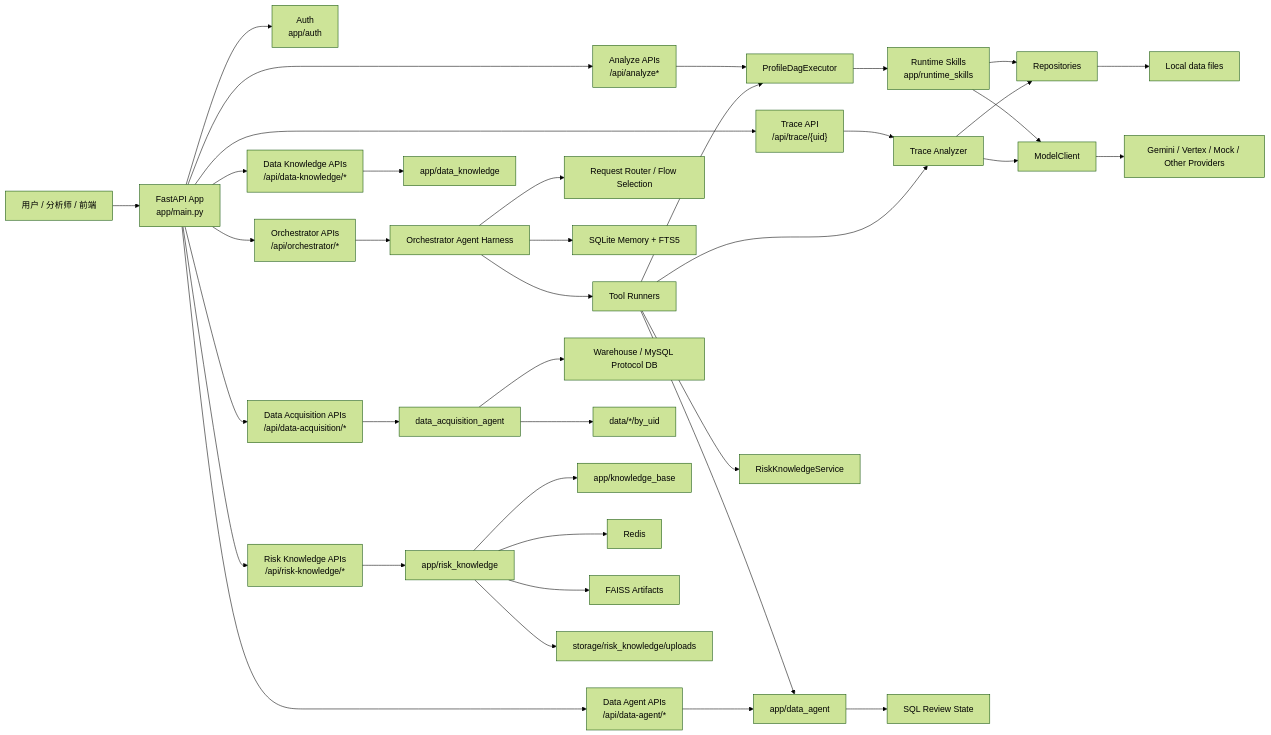
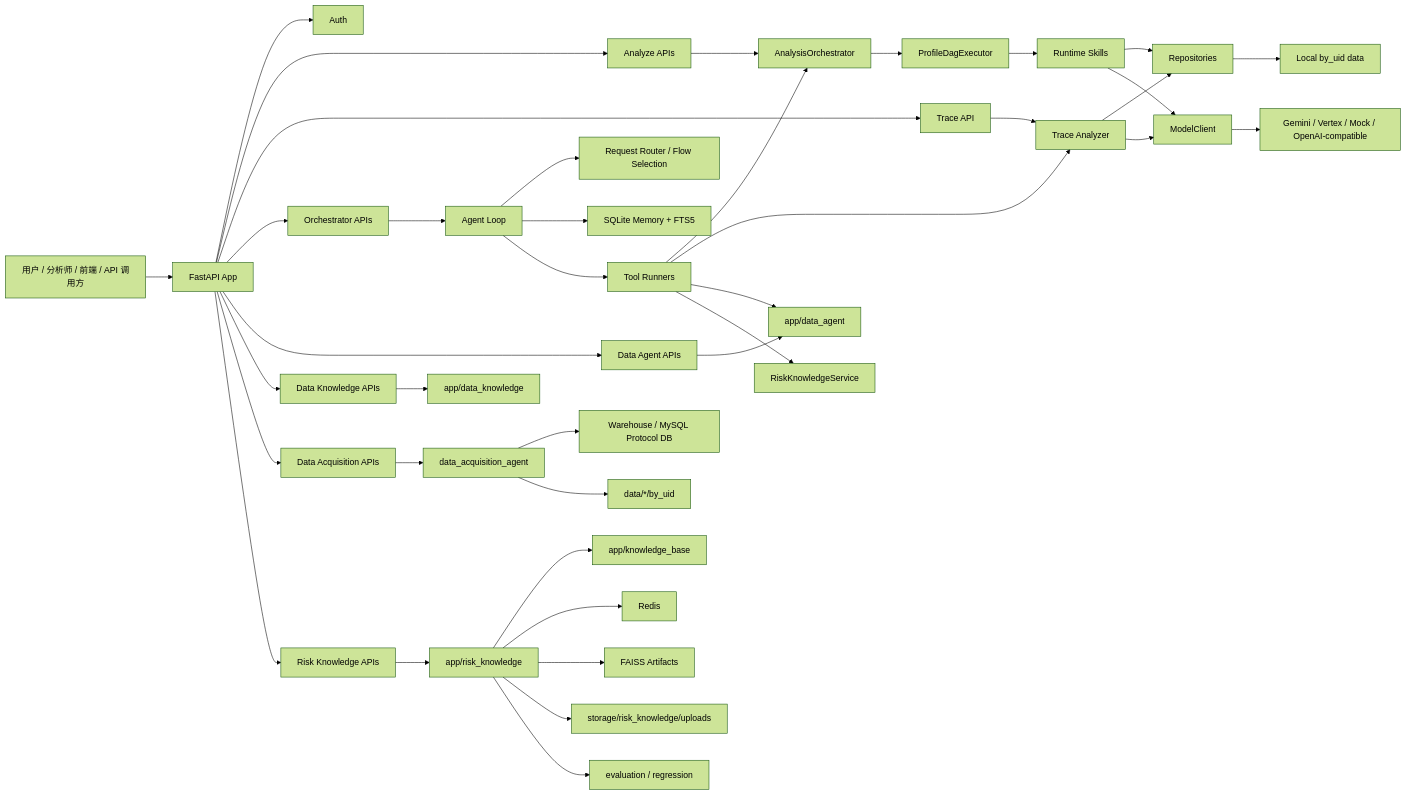
The first of 10 diagrams in README.md (lizheng33193/CHORD), drawn with Mermaid (forest theme) before and after one commit. The commit also changed other lines of this file, not shown here.

````diff
--- a/README.md
+++ b/README.md
@@ -61,49 +520,49 @@
 ```mermaid
 flowchart LR
-  User["用户 / 分析师 / 前端"] --> FastAPI["FastAPI App<br/>app/main.py"]
+  User["用户 / 分析师 / 前端 / API 调用方"] --> FastAPI["FastAPI App"]
 
-  FastAPI --> Auth["Auth<br/>app/auth"]
-  FastAPI --> Analyze["Analyze APIs<br/>/api/analyze*"]
-  FastAPI --> Trace["Trace API<br/>/api/trace/{uid}"]
-  FastAPI --> Chat["Orchestrator APIs<br/>/api/orchestrator/*"]
-  FastAPI --> DataAgentApi["Data Agent APIs<br/>/api/data-agent/*"]
-  FastAPI --> DataKnowledgeApi["Data Knowledge APIs<br/>/api/data-knowledge/*"]
-  FastAPI --> DataAcqApi["Data Acquisition APIs<br/>/api/data-acquisition/*"]
-  FastAPI --> RiskAdminApi["Risk Knowledge APIs<br/>/api/risk-knowledge/*"]
+  FastAPI --> Auth["Auth"]
+  FastAPI --> Analyze["Analyze APIs"]
+  FastAPI --> Trace["Trace API"]
+  FastAPI --> Chat["Orchestrator APIs"]
+  FastAPI --> DataAgentApi["Data Agent APIs"]
+  FastAPI --> DataKnowledgeApi["Data Knowledge APIs"]
+  FastAPI --> DataAcqApi["Data Acquisition APIs"]
+  FastAPI --> RiskApi["Risk Knowledge APIs"]
 
-  Analyze --> ProfileDag["ProfileDagExecutor"]
-  ProfileDag --> RuntimeSkills["Runtime Skills<br/>app/runtime_skills"]
+  Analyze --> Orchestrator["AnalysisOrchestrator"]
+  Orchestrator --> ProfileDag["ProfileDagExecutor"]
+  ProfileDag --> RuntimeSkills["Runtime Skills"]
   RuntimeSkills --> Repo["Repositories"]
   RuntimeSkills --> ModelClient["ModelClient"]
 
   Trace --> TraceAnalyzer["Trace Analyzer"]
   TraceAnalyzer --> Repo
   TraceAnalyzer --> ModelClient
 
-  Chat --> AgentHarness["Orchestrator Agent Harness"]
-  AgentHarness --> FlowRouter["Request Router / Flow Selection"]
-  AgentHarness --> Memory["SQLite Memory + FTS5"]
-  AgentHarness --> Tools["Tool Runners"]
-  Tools --> ProfileDag
-  Tools --> TraceAnalyzer
-  Tools --> DataAgentSvc["app/data_agent"]
-  Tools --> RiskService["RiskKnowledgeService"]
+  Chat --> AgentLoop["Agent Loop"]
+  AgentLoop --> FlowRouter["Request Router / Flow Selection"]
+  AgentLoop --> Memory["SQLite Memory + FTS5"]
+  AgentLoop --> ToolRunners["Tool Runners"]
+  ToolRunners --> Orchestrator
+  ToolRunners --> TraceAnalyzer
+  ToolRunners --> DataAgentSvc["app/data_agent"]
+  ToolRunners --> RiskService["RiskKnowledgeService"]
 
   DataAgentApi --> DataAgentSvc
-  DataAgentSvc --> SqlReviewStore["SQL Review State"]
-
   DataAcqApi --> DataAcq["data_acquisition_agent"]
   DataAcq --> Warehouse["Warehouse / MySQL Protocol DB"]
   DataAcq --> ByUid["data/*/by_uid"]
 
   DataKnowledgeApi --> DataKnowledge["app/data_knowledge"]
 
-  RiskAdminApi --> RiskRuntime["app/risk_knowledge"]
+  RiskApi --> RiskRuntime["app/risk_knowledge"]
   RiskRuntime --> KB["app/knowledge_base"]
   RiskRuntime --> Redis["Redis"]
   RiskRuntime --> Faiss["FAISS Artifacts"]
   RiskRuntime --> Uploads["storage/risk_knowledge/uploads"]
+  RiskRuntime --> Eval["evaluation / regression"]
 
-  ModelClient --> Providers["Gemini / Vertex / Mock / Other Providers"]
-  Repo --> LocalData["Local data files"]
+  ModelClient --> Providers["Gemini / Vertex / Mock / OpenAI-compatible"]
+  Repo --> LocalData["Local by_uid data"]
 ```
````
